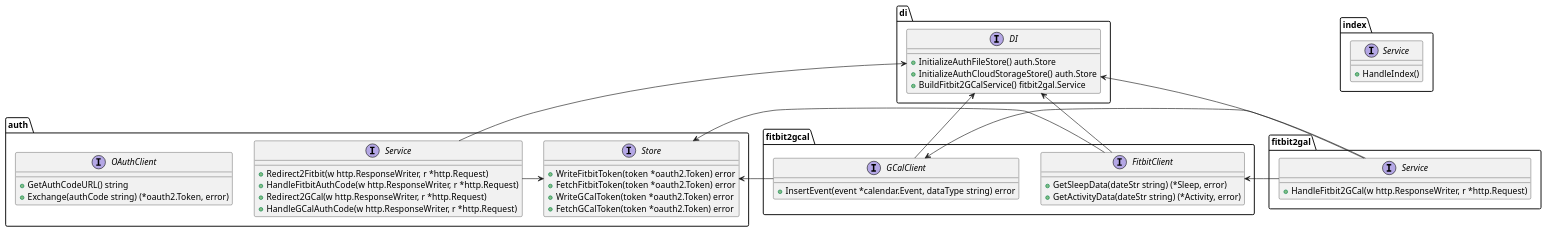
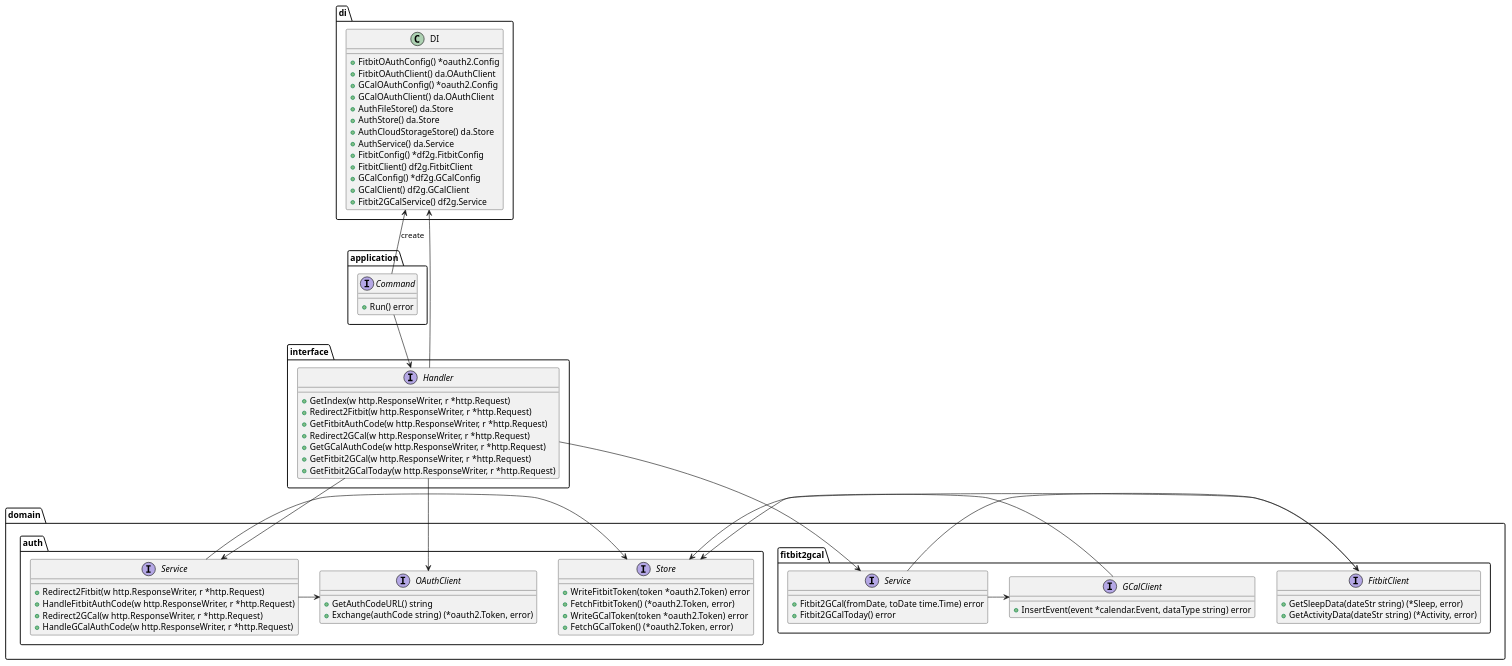
Before and after one commit to go-zen-chu/gae-fitbit-go: the diagram in docs/components.pu, drawn with PlantUML. The commit also changed 6 other files, not shown here.

Commit message:
update process for saving updated oauth token (#7)

```diff
--- a/docs/components.pu
+++ b/docs/components.pu
@@ -1,62 +1,82 @@
 @startuml
 
-' di for factory since generative methods are not domain logic
-interface di.DI {
-  +InitializeAuthFileStore() auth.Store
-  +InitializeAuthCloudStorageStore() auth.Store
-  +BuildFitbit2GCalService() fitbit2gal.Service
+' di for central factory since generative methods are not domain logic
+class di.DI {
+  +FitbitOAuthConfig() *oauth2.Config
+  +FitbitOAuthClient() da.OAuthClient
+  +GCalOAuthConfig() *oauth2.Config
+  +GCalOAuthClient() da.OAuthClient
+  +AuthFileStore() da.Store
+  +AuthStore() da.Store
+  +AuthCloudStorageStore() da.Store
+  +AuthService() da.Service
+  +FitbitConfig() *df2g.FitbitConfig
+  +FitbitClient() df2g.FitbitClient
+  +GCalConfig() *df2g.GCalConfig
+  +GCalClient() df2g.GCalClient
+  +Fitbit2GCalService() df2g.Service
 }
 
-' index domain
-interface index.Service {
-  +HandleIndex()
+' application layer handles user's actual input
+interface application.Command {
+  +Run() error
+}
+
+' interface layer is a thin layer for handling input
+interface interface.Handler {
+  +GetIndex(w http.ResponseWriter, r *http.Request)
+  +Redirect2Fitbit(w http.ResponseWriter, r *http.Request)
+  +GetFitbitAuthCode(w http.ResponseWriter, r *http.Request)
+  +Redirect2GCal(w http.ResponseWriter, r *http.Request)
+  +GetGCalAuthCode(w http.ResponseWriter, r *http.Request)
+  +GetFitbit2GCal(w http.ResponseWriter, r *http.Request)
+  +GetFitbit2GCalToday(w http.ResponseWriter, r *http.Request)
 }
 
 ' auth domain for handling authentication
-interface auth.OAuthClient {
+interface domain.auth.OAuthClient {
   +GetAuthCodeURL() string
   +Exchange(authCode string) (*oauth2.Token, error)
 }
-
-interface auth.Store {
+interface domain.auth.Store {
   +WriteFitbitToken(token *oauth2.Token) error
-  +FetchFitbitToken(token *oauth2.Token) error
+  +FetchFitbitToken() (*oauth2.Token, error)
   +WriteGCalToken(token *oauth2.Token) error
-  +FetchGCalToken(token *oauth2.Token) error
+  +FetchGCalToken() (*oauth2.Token, error)
 }
-
-interface auth.Service {
+interface domain.auth.Service {
   +Redirect2Fitbit(w http.ResponseWriter, r *http.Request)
   +HandleFitbitAuthCode(w http.ResponseWriter, r *http.Request)
   +Redirect2GCal(w http.ResponseWriter, r *http.Request)
   +HandleGCalAuthCode(w http.ResponseWriter, r *http.Request)
 }
 
-di.DI <-- auth.Service
-auth.Service -> auth.Store
-
 ' fitbit2gal domain is a core domain for handling data
-interface fitbit2gal.Service {
-  +HandleFitbit2GCal(w http.ResponseWriter, r *http.Request)
+interface domain.fitbit2gcal.Service {
+  +Fitbit2GCal(fromDate, toDate time.Time) error
+  +Fitbit2GCalToday() error
+}
+interface domain.fitbit2gcal.FitbitClient {
+  +GetSleepData(dateStr string) (*Sleep, error)
+  +GetActivityData(dateStr string) (*Activity, error)
+}
+interface domain.fitbit2gcal.GCalClient {
+  +InsertEvent(event *calendar.Event, dataType string) error
 }
 
-interface fitbit2gcal.FitbitClient {
-    +GetSleepData(dateStr string) (*Sleep, error)
-    +GetActivityData(dateStr string) (*Activity, error)
-}
+di.DI <-- application.Command : create
+di.DI <-- interface.Handler
 
-interface fitbit2gcal.GCalClient {
-    +InsertEvent(event *calendar.Event, dataType string) error
-}
+application.Command --> interface.Handler
+interface.Handler --> domain.auth.OAuthClient
+interface.Handler --> domain.auth.Service
+interface.Handler --> domain.fitbit2gcal.Service
 
-
-di.DI <-- fitbit2gcal.FitbitClient
-di.DI <-- fitbit2gcal.GCalClient
-fitbit2gcal.FitbitClient -> auth.Store
-fitbit2gcal.GCalClient -> auth.Store
-di.DI <-- fitbit2gal.Service
-fitbit2gal.Service -> fitbit2gcal.FitbitClient
-fitbit2gal.Service -> fitbit2gcal.GCalClient
-
-
+' domain should be closed internally (dont use di)
+domain.auth.Service -> domain.auth.Store
+domain.auth.Service -> domain.auth.OAuthClient
+domain.fitbit2gcal.Service -> domain.fitbit2gcal.FitbitClient
+domain.fitbit2gcal.Service -> domain.fitbit2gcal.GCalClient
+domain.fitbit2gcal.FitbitClient -> domain.auth.Store
+domain.fitbit2gcal.GCalClient -> domain.auth.Store
 @enduml
```
